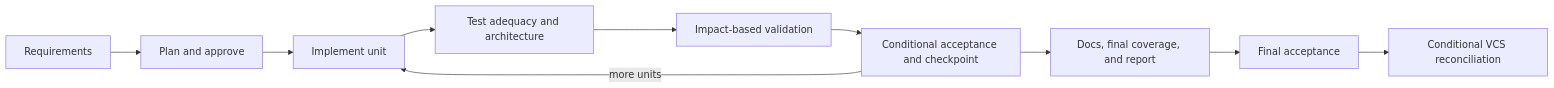
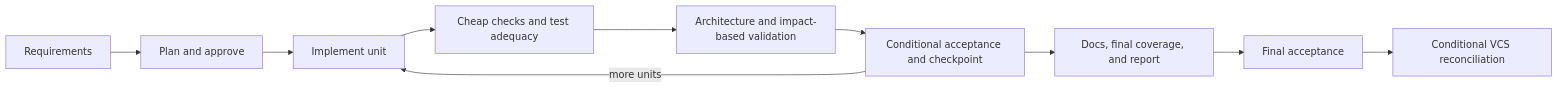
The first of 13 diagrams in packages/docs/src/content/docs/docs/reference/workflow-templates.mdx (moira-mcp/moira), drawn with Mermaid before and after one commit. The commit also changed other lines of this file and 8 other files, not shown here.

Commit message:
feat(workflows): harden software development flow

````diff
--- a/packages/docs/src/content/docs/docs/reference/workflow-templates.mdx
+++ b/packages/docs/src/content/docs/docs/reference/workflow-templates.mdx
@@ -24,11 +24,11 @@
 ```mermaid
 flowchart LR
     A[Requirements] --> B[Plan and approve] --> C[Implement unit]
-    C --> D[Test adequacy and architecture]
-    D --> E[Impact-based validation]
+    C --> D[Cheap checks and test adequacy]
+    D --> E[Architecture and impact-based validation]
     E --> G[Conditional acceptance and checkpoint]
     G -->|more units| C
     G --> F[Docs, final coverage, and report]
     F --> H[Final acceptance]
     H --> I[Conditional VCS reconciliation]
 ```
````
